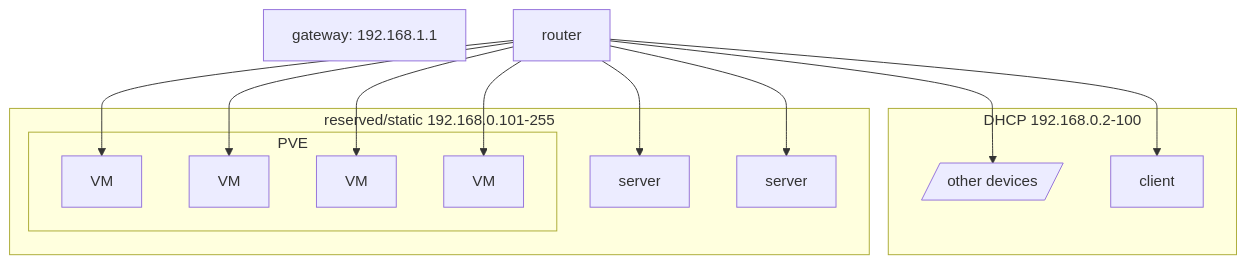
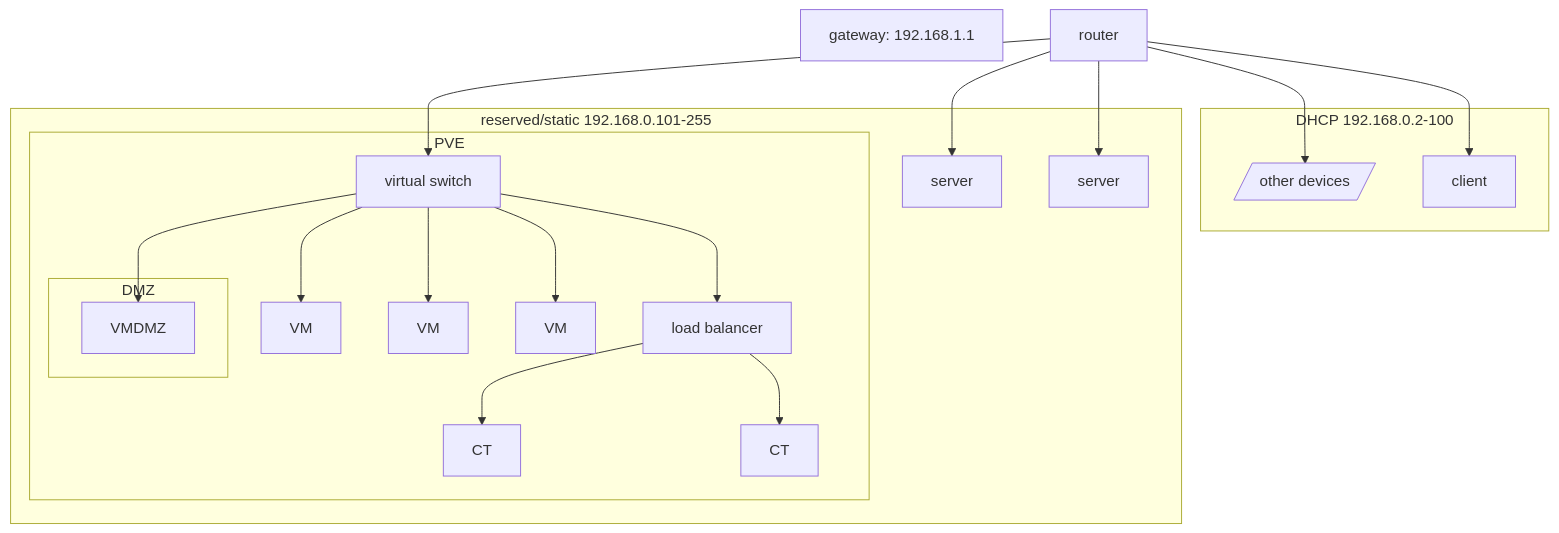
One commit to abdelhousni/homelab-dar changed the diagram in deployment-layout.md. Above: the diagram before and after it, drawn with Mermaid.

Commit message:
networking layout v0

````diff
--- a/deployment-layout.md
+++ b/deployment-layout.md
@@ -2,27 +2,44 @@
 ```mermaid
 graph TD
     gateway[gateway: 192.168.1.1]
-    A[router] --> VM1[VM]
-    A[router] --> VM2[VM]
-    A[router] --> VM3[VM]
-    A[router] --> VM...[VM]
+    A[router] --> 
+    vswitch[virtual switch] --> LB[load balancer]
+    
+    vswitch --> VM1[VM]
+    vswitch--> VM2[VM]
+
+    vswitch --> VM3[VM]
+    LB --> CT1[CT]
+    LB --> CT2[CT]
+    
     A[router] --> Server1[server]
     A[router] --> Server2[server]
     A[router] --> other[/other devices/]
     A[router] --> client[client]
     subgraph DHCP 192.168.0.2-100
       other
       client
     end
     subgraph PVE
+        vswitch
         VM1
         VM2
         VM3
-        VM...
+        VMDMZ
+        LB
+        CT1
+        CT2
+        vswitch --> VMDMZ
+        subgraph DMZ
+
+       VMDMZ
+
     end
+    end
+    
     subgraph reserved/static 192.168.0.101-255
       Server1
       Server2
       PVE
     end
 ```
````
